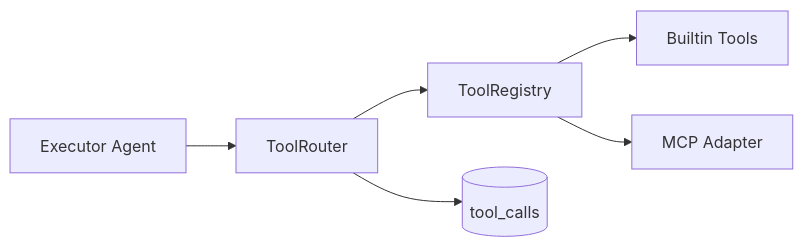
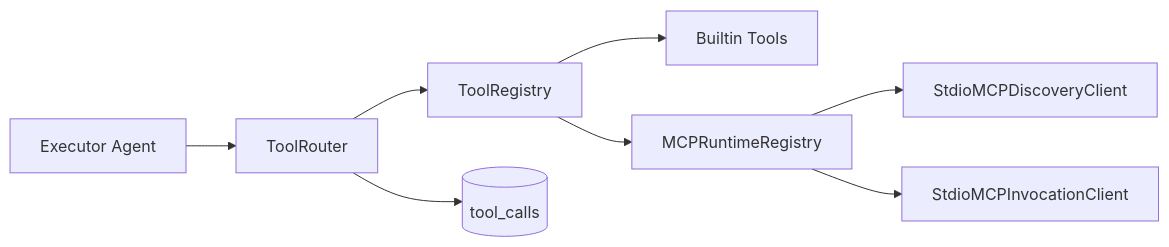
The diagram in docs/architecture/mcp-tool-router.md (Brohammad/VoxFauge), drawn with Mermaid before and after one commit. The commit also changed other lines of this file and 2 other files, not shown here.

First line of the commit message:
docs(mcp): ADR and architecture for runtime discovery

````diff
--- a/docs/architecture/mcp-tool-router.md
+++ b/docs/architecture/mcp-tool-router.md
@@ -7,8 +10,10 @@
 ```mermaid
 flowchart LR
     Executor[Executor Agent] --> Router[ToolRouter]
     Router --> Registry[ToolRegistry]
     Registry --> Builtin[Builtin Tools]
-    Registry --> MCP[MCP Adapter]
+    Registry --> MCPReg[MCPRuntimeRegistry]
+    MCPReg --> Discovery[StdioMCPDiscoveryClient]
+    MCPReg --> Invoke[StdioMCPInvocationClient]
     Router --> DB[(tool_calls)]
 ```
````
